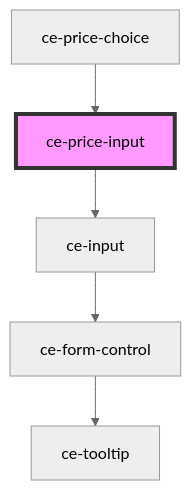
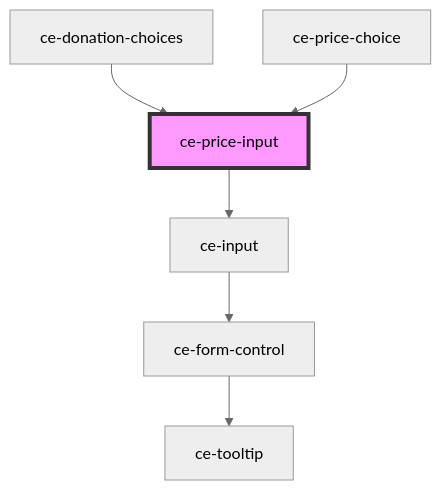
The diagram in packages/components/src/components/ui/price-input/readme.md (surecart/surecart-wp-plugin), drawn with Mermaid (neutral theme) before and after one commit. The commit also changed other lines of this file and 324 other files, not shown here.

````diff
--- a/packages/components/src/components/ui/price-input/readme.md
+++ b/packages/components/src/components/ui/price-input/readme.md
@@ -97,8 +108,9 @@
 ```mermaid
 graph TD;
   ce-price-input --> ce-input
   ce-input --> ce-form-control
   ce-form-control --> ce-tooltip
+  ce-donation-choices --> ce-price-input
   ce-price-choice --> ce-price-input
   style ce-price-input fill:#f9f,stroke:#333,stroke-width:4px
 ```
````
